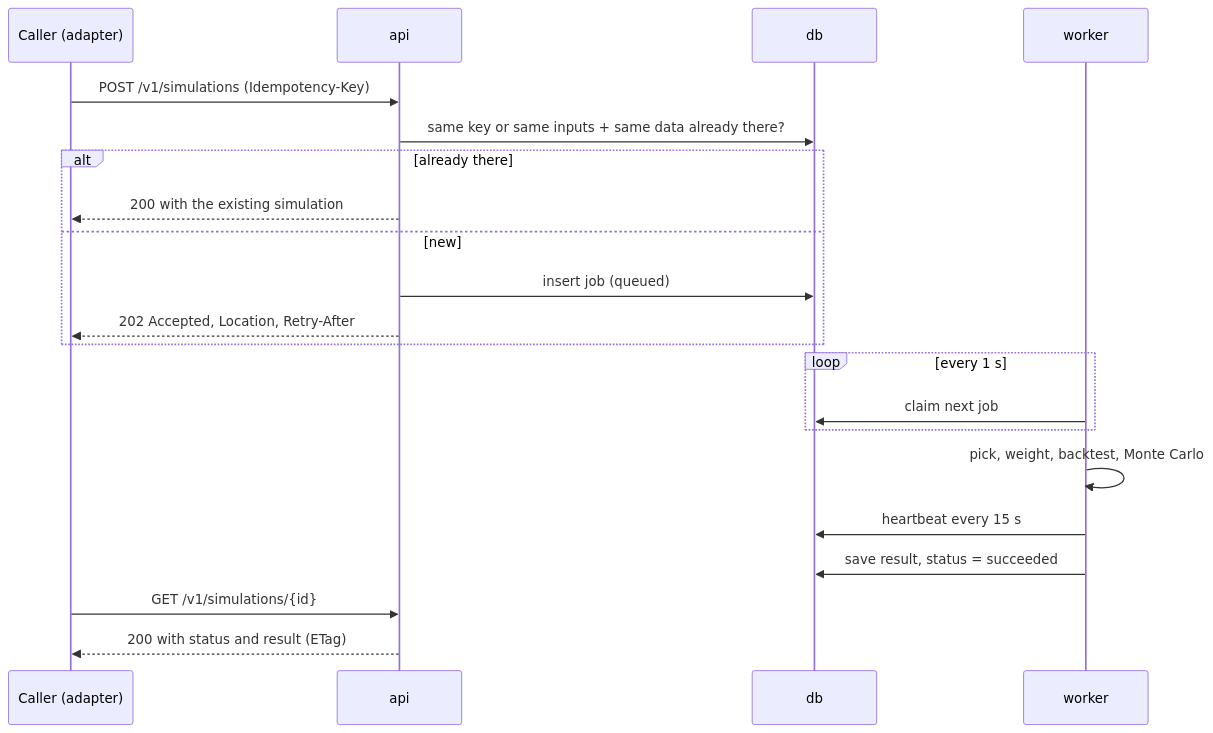
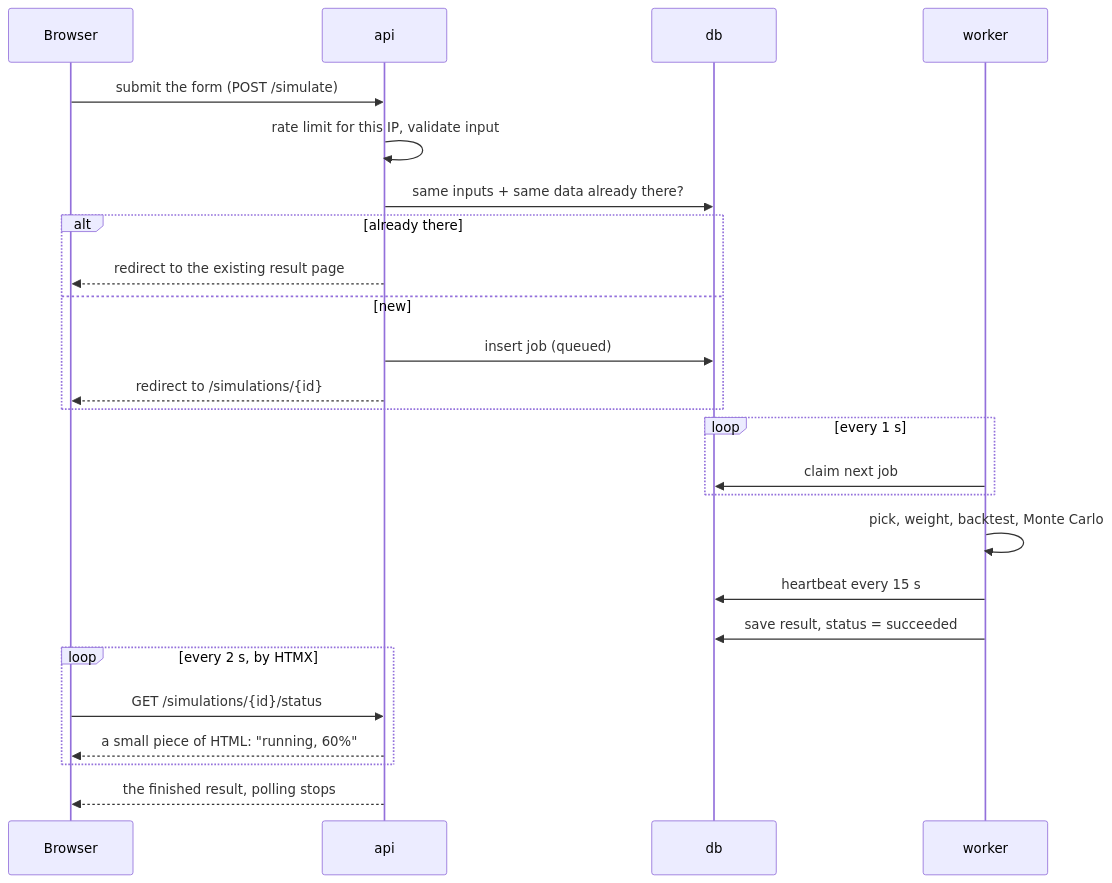
Before and after one commit to yashcontractor04/stock-simulator: the fifth of 6 diagrams in docs/02-architecture.md, drawn with Mermaid. The commit also changed other lines of this file and 6 other files, not shown here.

````diff
--- a/docs/02-architecture.md
+++ b/docs/02-architecture.md
@@ -200,23 +227,27 @@
 ```mermaid
 sequenceDiagram
-  participant C as Caller (adapter)
+  participant B as Browser
   participant A as api
   participant D as db
   participant W as worker
-  C->>A: POST /v1/simulations (Idempotency-Key)
-  A->>D: same key or same inputs + same data already there?
+  B->>A: submit the form (POST /simulate)
+  A->>A: rate limit for this IP, validate input
+  A->>D: same inputs + same data already there?
   alt already there
-    A-->>C: 200 with the existing simulation
+    A-->>B: redirect to the existing result page
   else new
     A->>D: insert job (queued)
-    A-->>C: 202 Accepted, Location, Retry-After
+    A-->>B: redirect to /simulations/{id}
   end
   loop every 1 s
     W->>D: claim next job
   end
   W->>W: pick, weight, backtest, Monte Carlo
   W->>D: heartbeat every 15 s
   W->>D: save result, status = succeeded
-  C->>A: GET /v1/simulations/{id}
-  A-->>C: 200 with status and result (ETag)
+  loop every 2 s, by HTMX
+    B->>A: GET /simulations/{id}/status
+    A-->>B: a small piece of HTML: "running, 60%"
+  end
+  A-->>B: the finished result, polling stops
 ```
````
